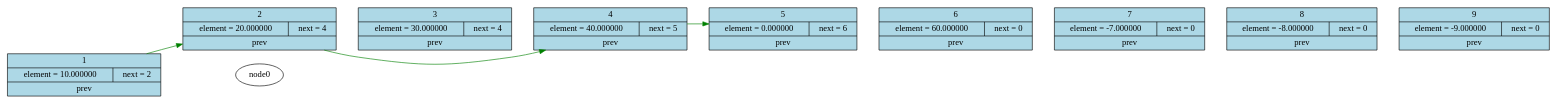
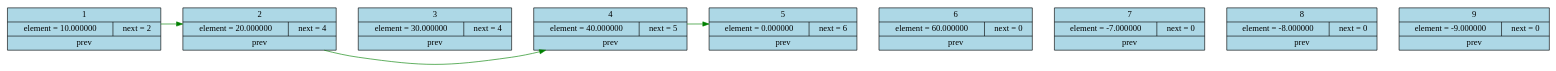
The diagram in log/graphviz_file.dot (evanvd/List), drawn with Graphviz before and after one commit. The commit also changed 15 other files, not shown here.

```diff
--- a/log/graphviz_file.dot
+++ b/log/graphviz_file.dot
@@ -1,19 +1,19 @@
 digraph {
 rankdir=LR;
  ranksep=0.5;
  nodesep = 0.3;node1 [shape=record,label=" 1 |{element =  10.000000 |<f0> next = 2 } | prev ", style=filled, fillcolor=lightblue, width=3, height=0.8];
 node2 [shape=record,label=" 2 |{element =  20.000000 |<f0> next = 4 } | prev ", style=filled, fillcolor=lightblue, width=3, height=0.8];
 node3 [shape=record,label=" 3 |{element =  30.000000 |<f0> next = 4 } | prev ", style=filled, fillcolor=lightblue, width=3, height=0.8];
 node4 [shape=record,label=" 4 |{element =  40.000000 |<f0> next = 5 } | prev ", style=filled, fillcolor=lightblue, width=3, height=0.8];
 node5 [shape=record,label=" 5 |{element =  0.000000 |<f0> next = 6 } | prev ", style=filled, fillcolor=lightblue, width=3, height=0.8];
 node6 [shape=record,label=" 6 |{element =  60.000000 |<f0> next = 0 } | prev ", style=filled, fillcolor=lightblue, width=3, height=0.8];
 node7 [shape=record,label=" 7 |{element =  -7.000000 |<f0> next = 0 } | prev ", style=filled, fillcolor=lightblue, width=3, height=0.8];
 node8 [shape=record,label=" 8 |{element =  -8.000000 |<f0> next = 0 } | prev ", style=filled, fillcolor=lightblue, width=3, height=0.8];
 node9 [shape=record,label=" 9 |{element =  -9.000000 |<f0> next = 0 } | prev ", style=filled, fillcolor=lightblue, width=3, height=0.8];
 
-node1->node0->node1->node2->node3->node4->node5->node6->node7->node8->node9
+node1->node2->node3->node4->node5->node6->node7->node8->node9
 
     [style=invis, weight=100];
     edge [color=green, penwidth=1, arrowhead = normal]
 node1->node2->node4->node5;
 }
```
